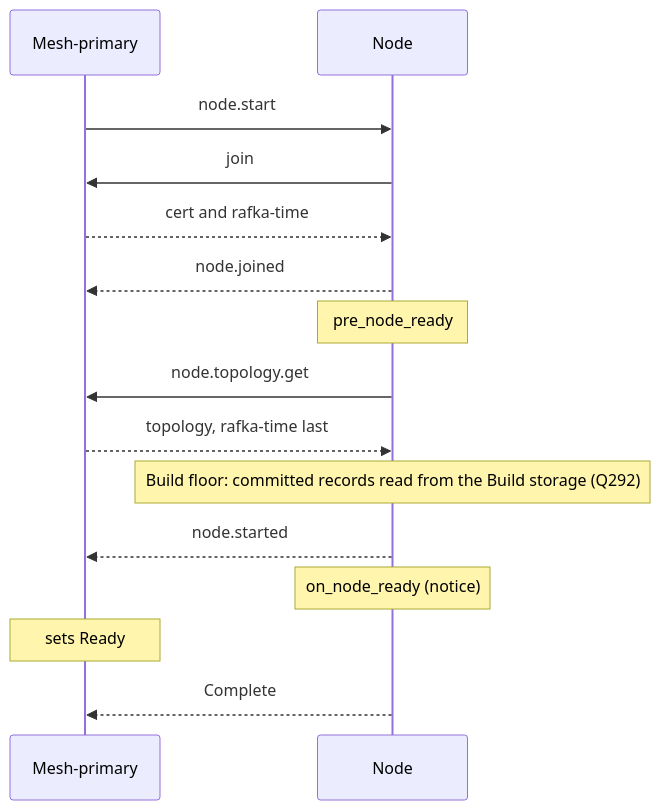
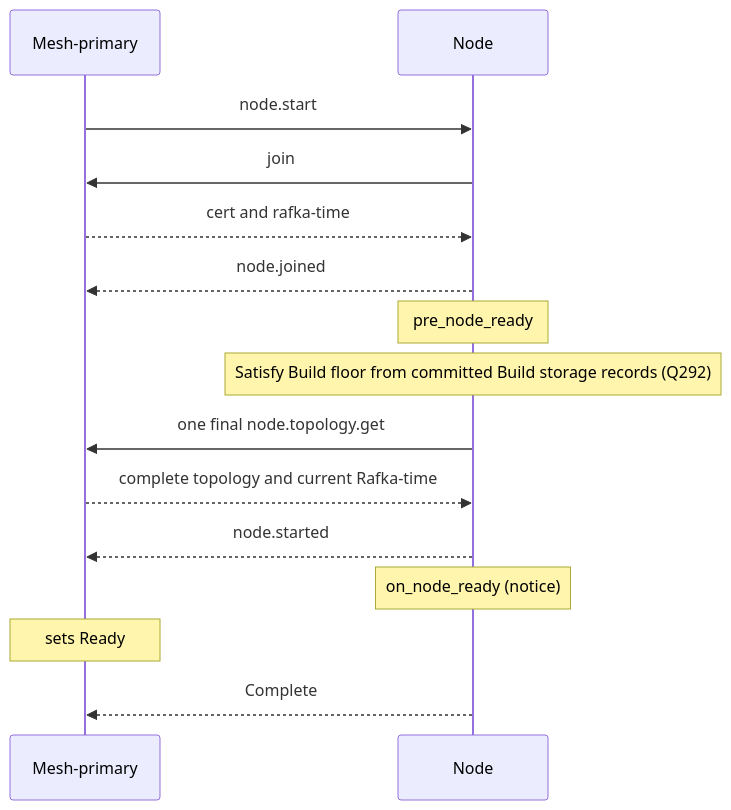
One commit to drlukeangel/rust-distributed-mesh changed the diagram in docs/architecture/lifecycles/node-start.md. Above: the diagram before and after it, drawn with Mermaid. The commit also changed other lines of this file and 56 other files, not shown here.

````diff
--- a/docs/architecture/lifecycles/node-start.md
+++ b/docs/architecture/lifecycles/node-start.md
@@ -100,17 +97,17 @@
 ```mermaid
 sequenceDiagram
     participant M as Mesh-primary
     participant N as Node
     M->>N: node.start
     N->>M: join
     M-->>N: cert and rafka-time
     N-->>M: node.joined
     Note over N: pre_node_ready
-    N->>M: node.topology.get
-    M-->>N: topology, rafka-time last
-    Note over N: Build floor: committed records read from the Build storage (Q292)
+    Note over N: Satisfy Build floor from committed Build storage records (Q292)
+    N->>M: one final node.topology.get
+    M-->>N: complete topology and current Rafka-time
     N-->>M: node.started
     Note over N: on_node_ready (notice)
     Note over M: sets Ready
     N-->>M: Complete
 ```
````
